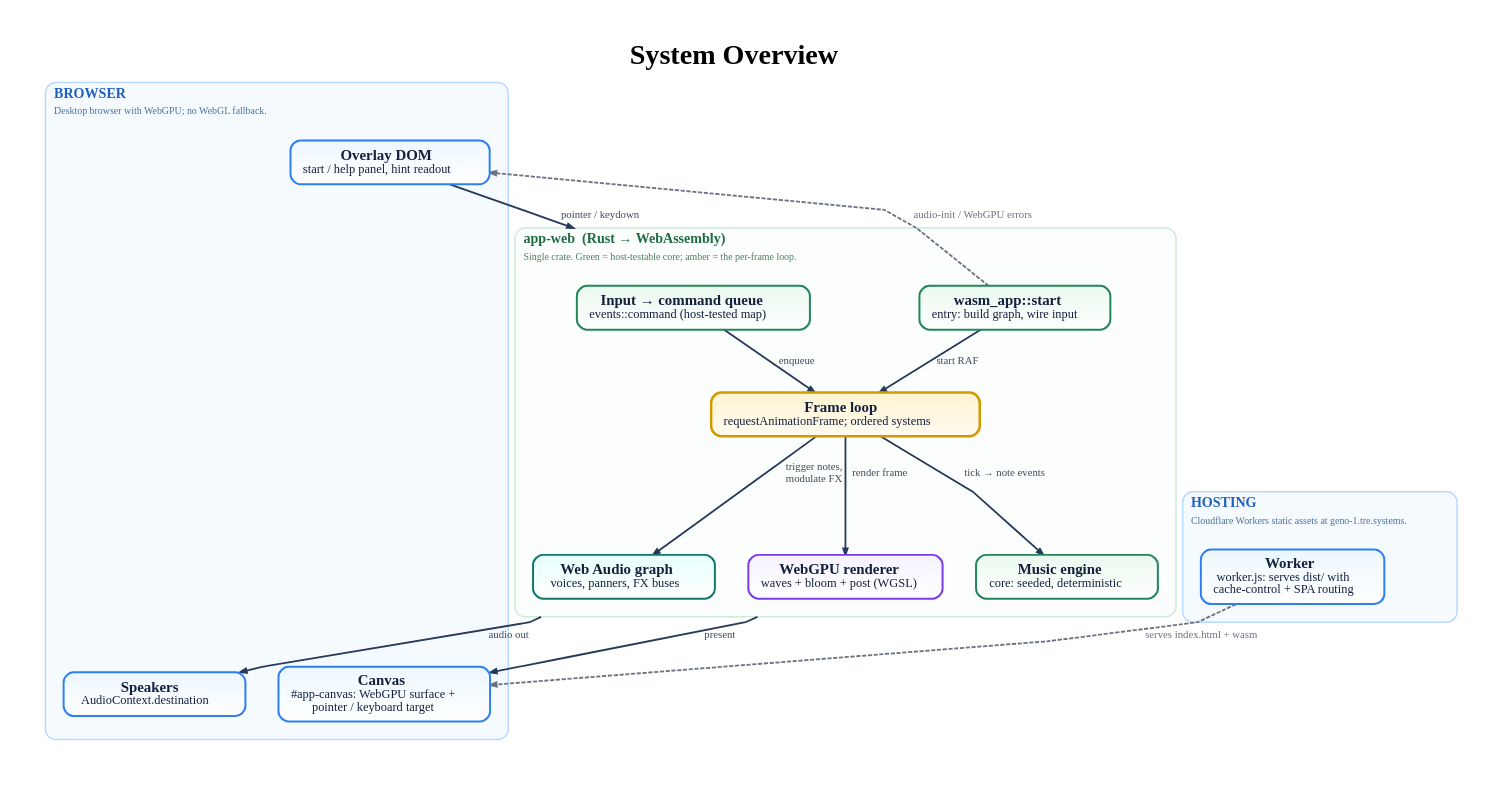
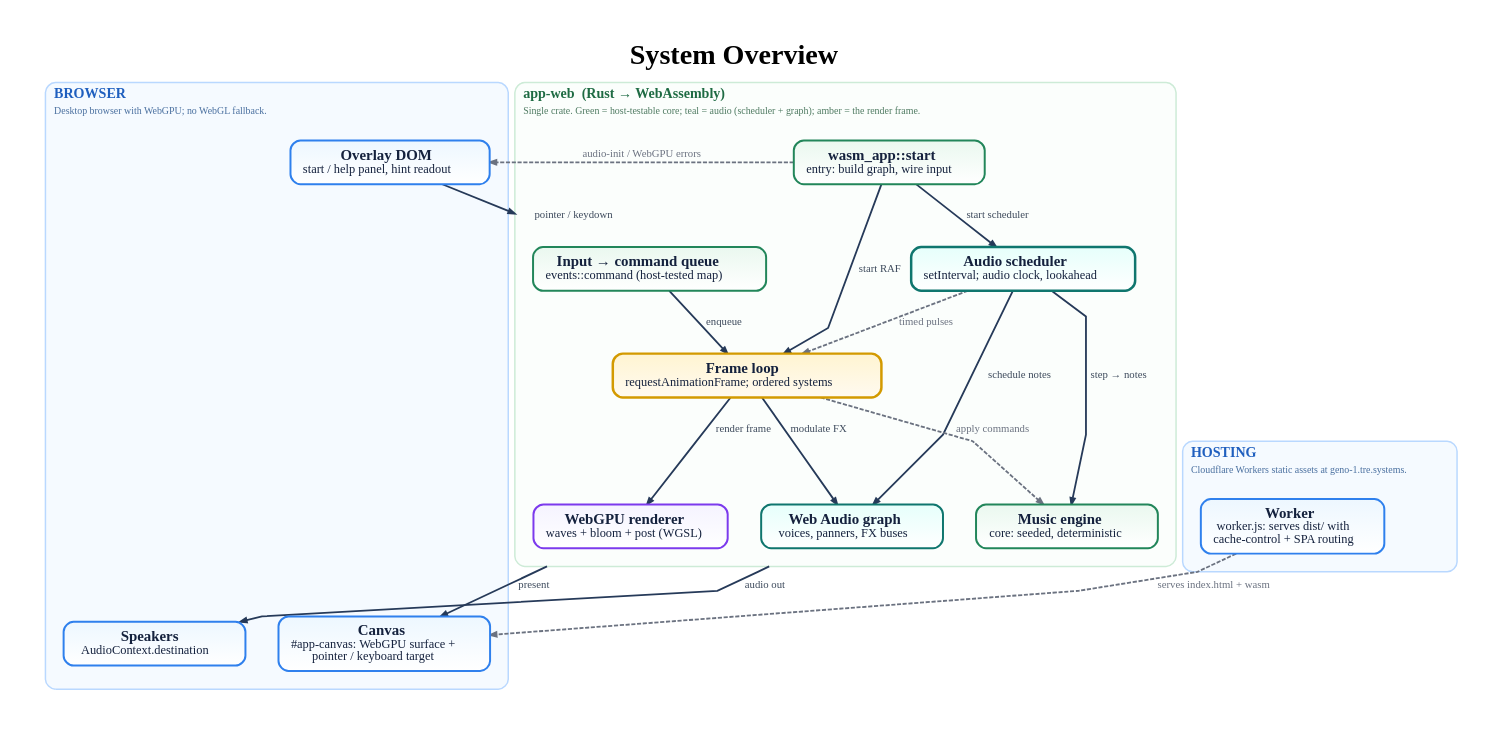
The diagram in docs/diagrams/system-overview.dot (tre-systems/geno-1), drawn with Graphviz before and after one commit. The commit also changed 8 other files, not shown here.

First line of the commit message:
docs: sync architecture docs + diagrams to the audio scheduler

```diff
--- a/docs/diagrams/system-overview.dot
+++ b/docs/diagrams/system-overview.dot
@@ -1,116 +1,120 @@
 digraph SystemOverview {
   graph [
     rankdir=TB,
     bgcolor="#ffffff",
     pad="0.55",
     nodesep="0.55",
     ranksep="0.85",
     splines=polyline,
     outputorder=edgesfirst,
     compound=true,
     newrank=true,
     forcelabels=true,
     fontname="Avenir",
     label=<
       <TABLE BORDER="0" CELLBORDER="0" CELLSPACING="0" CELLPADDING="0">
         <TR><TD><FONT POINT-SIZE="34"><B>System Overview</B></FONT></TD></TR>
       </TABLE>
     >,
     labelloc=t,
     labeljust=c
   ];
 
   node [
     shape=box,
     style="rounded,filled",
     margin="0.21,0.13",
     width=3.05,
     height=0.74,
     fixedsize=false,
     fontname="Avenir",
     fontsize=18,
     penwidth=2.4,
     fontcolor="#14213d",
     color="#2264c7",
     fillcolor="#eaf3ff:#ffffff",
     gradientangle=270
   ];
 
   edge [
     color="#263a59",
     fontname="Avenir",
     fontsize=13,
     fontcolor="#3d4a5c",
     penwidth=2.2,
     arrowsize=0.78
   ];
 
   // ---- Browser ----
   subgraph cluster_browser {
     graph [
       label=<
         <TABLE BORDER="0" CELLBORDER="0" CELLSPACING="0" CELLPADDING="2">
           <TR><TD ALIGN="LEFT"><FONT POINT-SIZE="17" COLOR="#1f5fbf"><B>BROWSER</B></FONT></TD></TR>
           <TR><TD ALIGN="LEFT"><FONT POINT-SIZE="12" COLOR="#496f9f">Desktop browser with WebGPU; no WebGL fallback.</FONT></TD></TR>
         </TABLE>
       >,
       labelloc=t, labeljust=l, color="#b9d8ff", fillcolor="#f5faff",
       style="rounded,filled", penwidth=1.8, margin=22
     ];
 
     B1 [label=<<B>Canvas</B><BR/><FONT POINT-SIZE="15">#app-canvas: WebGPU surface +<BR/>pointer / keyboard target</FONT>>, fillcolor="#edf7ff:#ffffff", color="#2f80ed"];
     B2 [label=<<B>Overlay DOM</B><BR/><FONT POINT-SIZE="15">start / help panel, hint readout</FONT>>, fillcolor="#edf7ff:#ffffff", color="#2f80ed"];
     B3 [label=<<B>Speakers</B><BR/><FONT POINT-SIZE="15">AudioContext.destination</FONT>>, fillcolor="#edf7ff:#ffffff", color="#2f80ed"];
   }
 
   // ---- The app-web crate (Rust -> WASM) ----
   subgraph cluster_app {
     graph [
       label=<
         <TABLE BORDER="0" CELLBORDER="0" CELLSPACING="0" CELLPADDING="2">
           <TR><TD ALIGN="LEFT"><FONT POINT-SIZE="17" COLOR="#1e6b43"><B>app-web  (Rust → WebAssembly)</B></FONT></TD></TR>
-          <TR><TD ALIGN="LEFT"><FONT POINT-SIZE="12" COLOR="#4e7a61">Single crate. Green = host-testable core; amber = the per-frame loop.</FONT></TD></TR>
+          <TR><TD ALIGN="LEFT"><FONT POINT-SIZE="12" COLOR="#4e7a61">Single crate. Green = host-testable core; teal = audio (scheduler + graph); amber = the render frame.</FONT></TD></TR>
         </TABLE>
       >,
       labelloc=t, labeljust=l, color="#cdebd7", fillcolor="#fbfefc",
       style="rounded,filled", penwidth=1.8, margin=22
     ];
 
     A1 [label=<<B>wasm_app::start</B><BR/><FONT POINT-SIZE="15">entry: build graph, wire input</FONT>>, fillcolor="#eaf8ef:#ffffff", color="#22865a"];
     A2 [label=<<B>Input → command queue</B><BR/><FONT POINT-SIZE="15">events::command (host-tested map)</FONT>>, fillcolor="#eaf8ef:#ffffff", color="#22865a"];
+    A7 [label=<<B>Audio scheduler</B><BR/><FONT POINT-SIZE="15">setInterval; audio clock, lookahead</FONT>>, fillcolor="#e6fffb:#ffffff", color="#0f766e", penwidth=3.0];
     A3 [label=<<B>Frame loop</B><BR/><FONT POINT-SIZE="15">requestAnimationFrame; ordered systems</FONT>>, fillcolor="#fff4d1:#fffaf0", color="#d39a00", penwidth=3.0];
     A4 [label=<<B>Music engine</B><BR/><FONT POINT-SIZE="15">core: seeded, deterministic</FONT>>, fillcolor="#eaf8ef:#ffffff", color="#22865a"];
     A5 [label=<<B>Web Audio graph</B><BR/><FONT POINT-SIZE="15">voices, panners, FX buses</FONT>>, fillcolor="#e6fffb:#ffffff", color="#0f766e"];
     A6 [label=<<B>WebGPU renderer</B><BR/><FONT POINT-SIZE="15">waves + bloom + post (WGSL)</FONT>>, fillcolor="#f5f3ff:#ffffff", color="#7c3aed"];
 
+    A1 -> A7 [label="start scheduler"];
     A1 -> A3 [label="start RAF"];
-    A1 -> A4 [style=invis];
     A2 -> A3 [label="enqueue"];
-    A3 -> A4 [label="tick → note events"];
-    A3 -> A5 [label="trigger notes,\nmodulate FX"];
+    A7 -> A4 [label="step → notes"];
+    A7 -> A5 [label="schedule notes"];
+    A7 -> A3 [label="timed pulses", style=dashed, color="#6b7280", fontcolor="#6b7280"];
+    A3 -> A4 [label="apply commands", style=dashed, color="#6b7280", fontcolor="#6b7280"];
+    A3 -> A5 [label="modulate FX"];
     A3 -> A6 [label="render frame"];
   }
 
   // ---- Hosting ----
   subgraph cluster_host {
     graph [
       label=<
         <TABLE BORDER="0" CELLBORDER="0" CELLSPACING="0" CELLPADDING="2">
           <TR><TD ALIGN="LEFT"><FONT POINT-SIZE="17" COLOR="#1f5fbf"><B>HOSTING</B></FONT></TD></TR>
           <TR><TD ALIGN="LEFT"><FONT POINT-SIZE="12" COLOR="#496f9f">Cloudflare Workers static assets at geno-1.tre.systems.</FONT></TD></TR>
         </TABLE>
       >,
       labelloc=t, labeljust=l, color="#b9d8ff", fillcolor="#f5faff",
       style="rounded,filled", penwidth=1.8, margin=22
     ];
 
     H1 [label=<<B>Worker</B><BR/><FONT POINT-SIZE="15">worker.js: serves dist/ with<BR/>cache-control + SPA routing</FONT>>, fillcolor="#edf7ff:#ffffff", color="#2f80ed"];
   }
 
   // ---- Cross-cluster edges ----
   H1 -> B1 [label="serves index.html + wasm", style=dashed, color="#6b7280", fontcolor="#6b7280"];
   B2 -> A2 [label="pointer / keydown", lhead=cluster_app];
   A6 -> B1 [label="present", ltail=cluster_app];
   A5 -> B3 [label="audio out", ltail=cluster_app];
   A1 -> B2 [label="audio-init / WebGPU errors", style=dashed, color="#6b7280", fontcolor="#6b7280", constraint=false];
 }
```
